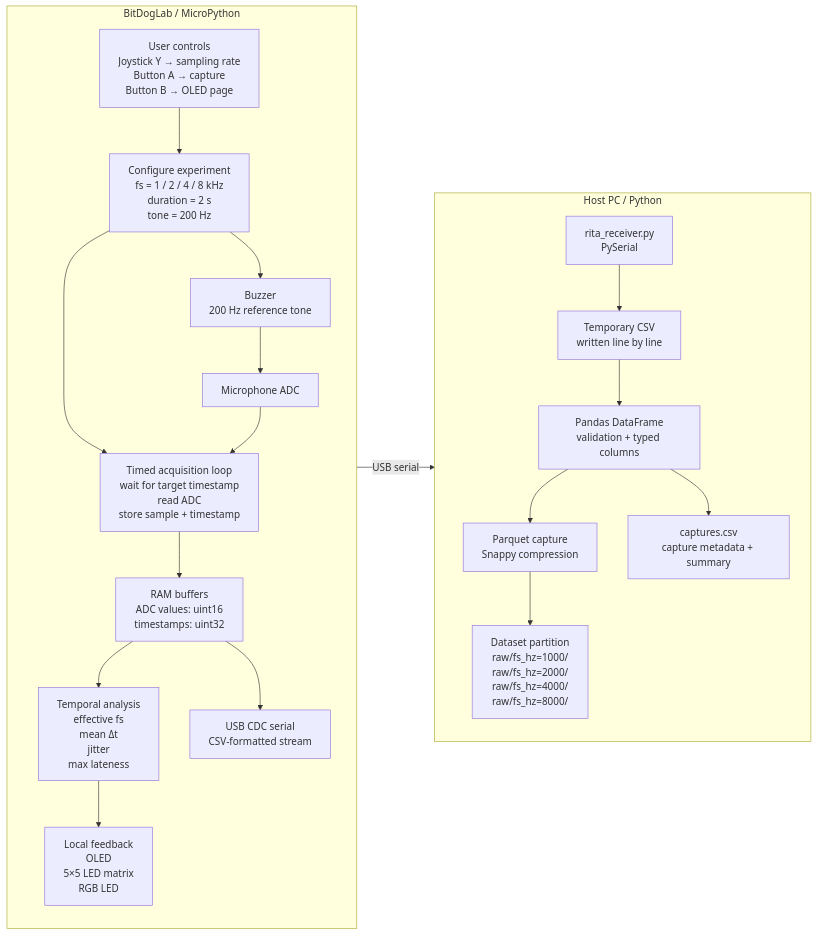
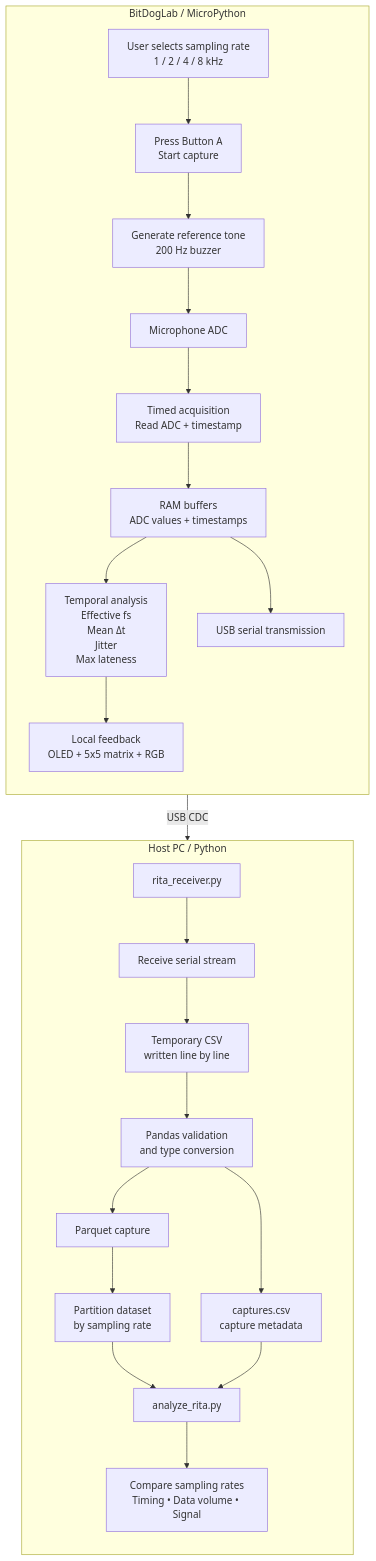
The diagram in README.md (ee-elisa/EA-801-R.I.T.A), drawn with Mermaid before and after one commit. The commit also changed other lines of this file, not shown here.

````diff
--- a/README.md
+++ b/README.md
@@ -47,63 +47,84 @@
-```mermaid
+``` mermaid
+flowchart TB
 
-flowchart LR
     %% =========================
-    %% RITA - CURRENT PIPELINE
+    %% BITDOGLAB
     %% =========================
 
     subgraph BOARD["BitDogLab / MicroPython"]
         direction TB
 
-        USER["User controls<br/>Joystick Y → sampling rate<br/>Button A → capture<br/>Button B → OLED page"]
+        A["User selects sampling rate<br/>1 / 2 / 4 / 8 kHz"]
 
-        CONFIG["Configure experiment<br/>fs = 1 / 2 / 4 / 8 kHz<br/>duration = 2 s<br/>tone = 200 Hz"]
+        B["Press Button A<br/>Start capture"]
 
-        TONE["Buzzer<br/>200 Hz reference tone"]
+        C["Generate reference tone<br/>200 Hz buzzer"]
 
-        ADC["Microphone ADC"]
+        D["Microphone ADC"]
 
-        SAMPLE["Timed acquisition loop<br/>wait for target timestamp<br/>read ADC<br/>store sample + timestamp"]
+        E["Timed acquisition<br/>Read ADC + timestamp"]
 
-        BUFFER["RAM buffers<br/>ADC values: uint16<br/>timestamps: uint32"]
+        F["RAM buffers<br/>ADC values + timestamps"]
 
-        METRICS["Temporal analysis<br/>effective fs<br/>mean Δt<br/>jitter<br/>max lateness"]
+        G["Temporal analysis<br/>Effective fs<br/>Mean Δt<br/>Jitter<br/>Max lateness"]
 
-        UI["Local feedback<br/>OLED<br/>5×5 LED matrix<br/>RGB LED"]
+        H["Local feedback<br/>OLED + 5x5 matrix + RGB"]
 
-        SERIAL["USB CDC serial<br/>CSV-formatted stream"]
+        I["USB serial transmission"]
 
-        USER --> CONFIG
-        CONFIG --> TONE
-        TONE --> ADC
-        CONFIG --> SAMPLE
-        ADC --> SAMPLE
-        SAMPLE --> BUFFER
-        BUFFER --> METRICS
-        METRICS --> UI
-        BUFFER --> SERIAL
+        A --> B
+        B --> C
+        C --> D
+        D --> E
+        E --> F
+
+        F --> G
+        G --> H
+
+        F --> I
     end
+
+
+    %% =========================
+    %% HOST COMPUTER
+    %% =========================
 
     subgraph PC["Host PC / Python"]
         direction TB
 
-        RX["rita_receiver.py<br/>PySerial"]
+        J["rita_receiver.py"]
 
-        TEMP["Temporary CSV<br/>written line by line"]
+        K["Receive serial stream"]
 
-        DF["Pandas DataFrame<br/>validation + typed columns"]
+        L["Temporary CSV<br/>written line by line"]
 
-        PARQUET["Parquet capture<br/>Snappy compression"]
+        M["Pandas validation<br/>and type conversion"]
 
-        PARTITION["Dataset partition<br/>raw/fs_hz=1000/<br/>raw/fs_hz=2000/<br/>raw/fs_hz=4000/<br/>raw/fs_hz=8000/"]
+        N["Parquet capture"]
 
-        INDEX["captures.csv<br/>capture metadata + summary"]
+        O["Partition dataset<br/>by sampling rate"]
 
-        RX --> TEMP
-        TEMP --> DF
-        DF --> PARQUET
-        PARQUET --> PARTITION
-        DF --> INDEX
+        P["captures.csv<br/>capture metadata"]
+
+        Q["analyze_rita.py"]
+
+        R["Compare sampling rates<br/>Timing • Data volume • Signal"]
+
+        J --> K
+        K --> L
+        L --> M
+
+        M --> N
+        N --> O
+
+        M --> P
+
+        O --> Q
+        P --> Q
+
+        Q --> R
     end
 
-    SERIAL -->|"USB serial"| RX
+
+    I -->|"USB CDC"| J
 ```
````
